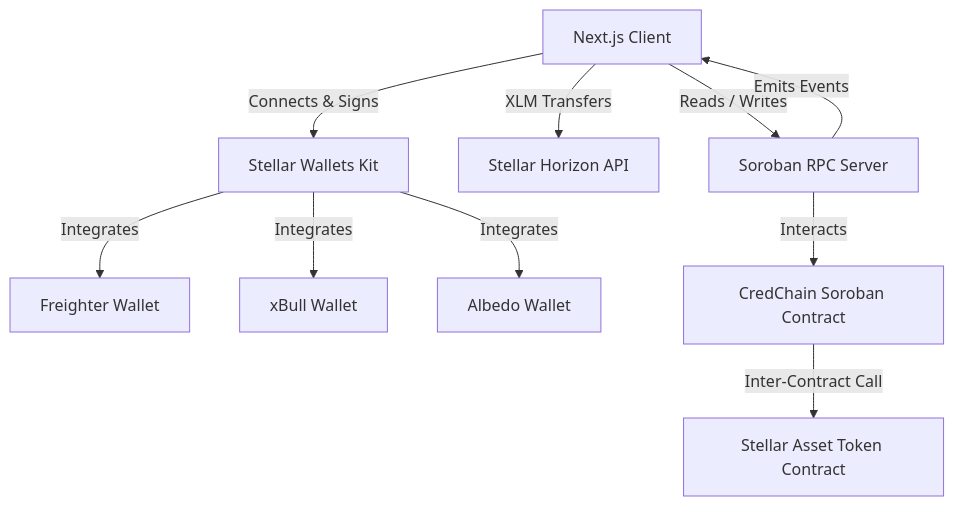
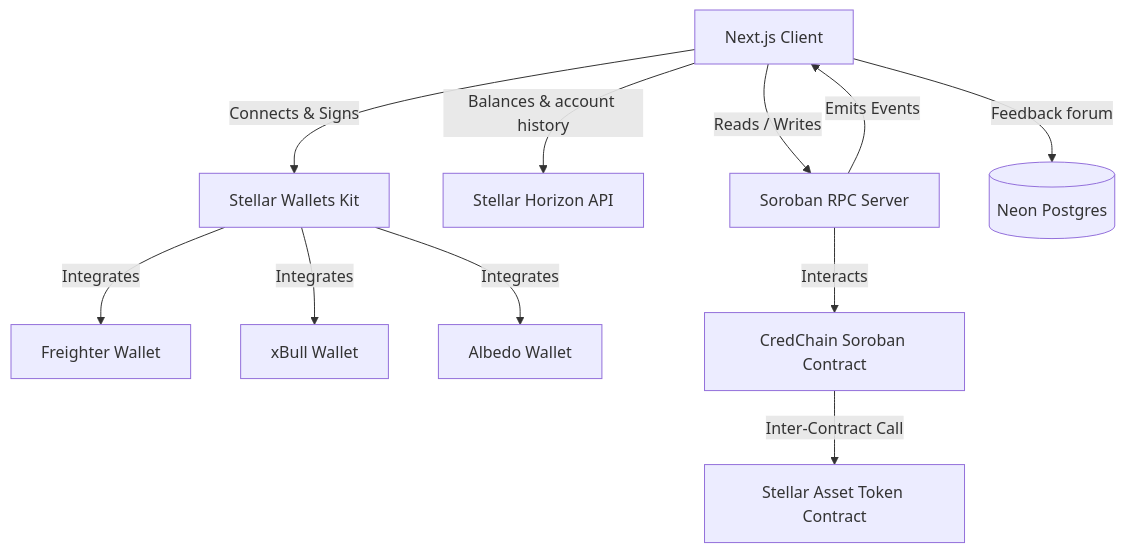
The diagram in README.md (Kalpesh-ops/CredChain), drawn with Mermaid before and after one commit. The commit also changed other lines of this file and 7 other files, not shown here.

````diff
--- a/README.md
+++ b/README.md
@@ -19,12 +29,13 @@
 ```mermaid
 graph TD
     Client[Next.js Client] -->|Reads / Writes| RPC[Soroban RPC Server]
-    Client -->|XLM Transfers| Horizon[Stellar Horizon API]
+    Client -->|Balances & account history| Horizon[Stellar Horizon API]
     Client -->|Connects & Signs| SWK[Stellar Wallets Kit]
+    Client -->|Feedback forum| Neon[(Neon Postgres)]
     SWK -->|Integrates| Freighter[Freighter Wallet]
     SWK -->|Integrates| xBull[xBull Wallet]
     SWK -->|Integrates| Albedo[Albedo Wallet]
     RPC -->|Interacts| Contract[CredChain Soroban Contract]
     Contract -->|Inter-Contract Call| Token[Stellar Asset Token Contract]
     RPC -->|Emits Events| Client
 ```
````
